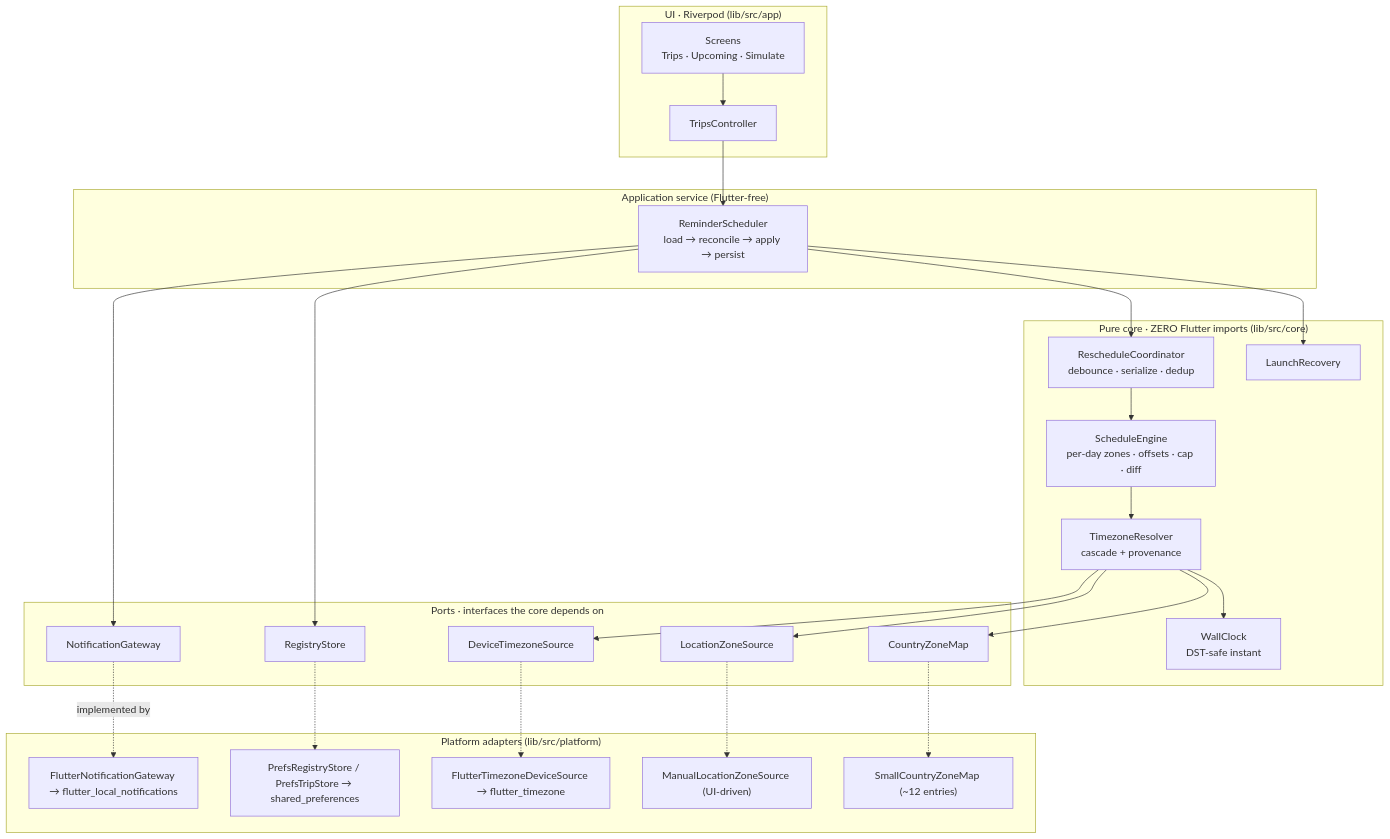
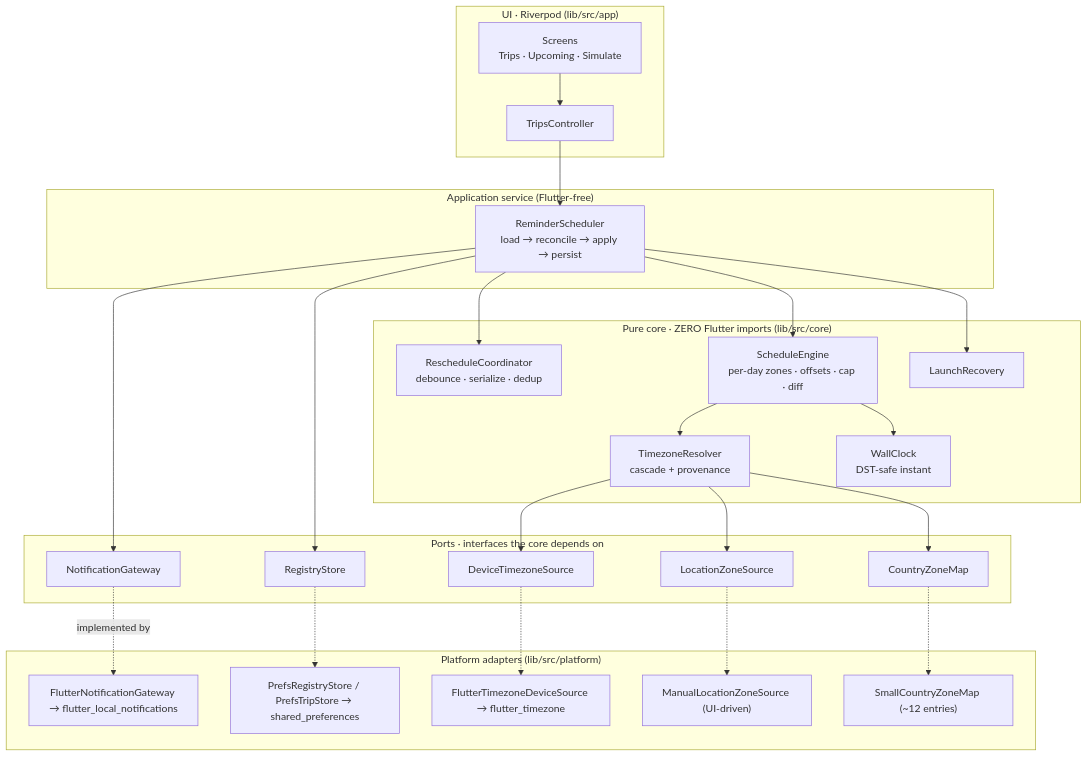
Before and after one commit to agrozdani/flutter-trip-reminder-scheduler: the second of 3 diagrams in README.md, drawn with Mermaid. The commit also changed other lines of this file and 9 other files, not shown here.

````diff
--- a/README.md
+++ b/README.md
@@ -168,47 +168,50 @@
 ```mermaid
 flowchart TB
     subgraph UI["UI · Riverpod  (lib/src/app)"]
         Screens["Screens<br/>Trips · Upcoming · Simulate"]
         TC["TripsController"]
     end
 
     subgraph Service["Application service (Flutter-free)"]
         RS["ReminderScheduler<br/>load → reconcile → apply → persist"]
     end
 
     subgraph CoreLayer["Pure core · ZERO Flutter imports  (lib/src/core)"]
         RC["RescheduleCoordinator<br/>debounce · serialize · dedup"]
         EN["ScheduleEngine<br/>per-day zones · offsets · cap · diff"]
         TR["TimezoneResolver<br/>cascade + provenance"]
         WC["WallClock<br/>DST-safe instant"]
         LR["LaunchRecovery"]
     end
 
     subgraph Ports["Ports · interfaces the core depends on"]
         NG["NotificationGateway"]
         RST["RegistryStore"]
         DTS["DeviceTimezoneSource"]
         LZS["LocationZoneSource"]
         CZM["CountryZoneMap"]
     end
 
     subgraph Plat["Platform adapters  (lib/src/platform)"]
         FLN["FlutterNotificationGateway → flutter_local_notifications"]
         Prefs["PrefsRegistryStore / PrefsTripStore → shared_preferences"]
         FTZ["FlutterTimezoneDeviceSource → flutter_timezone"]
         Man["ManualLocationZoneSource (UI-driven)"]
         Map["SmallCountryZoneMap (~12 entries)"]
     end
 
     Screens --> TC --> RS
-    RS --> RC --> EN --> TR --> WC
+    RS --> RC
+    RS --> EN
+    EN --> TR
+    EN --> WC
     RS --> LR
     RS --> NG
     RS --> RST
     TR --> DTS & LZS & CZM
     NG -.implemented by.-> FLN
     RST -.-> Prefs
     DTS -.-> FTZ
     LZS -.-> Man
     CZM -.-> Map
 ```
````
